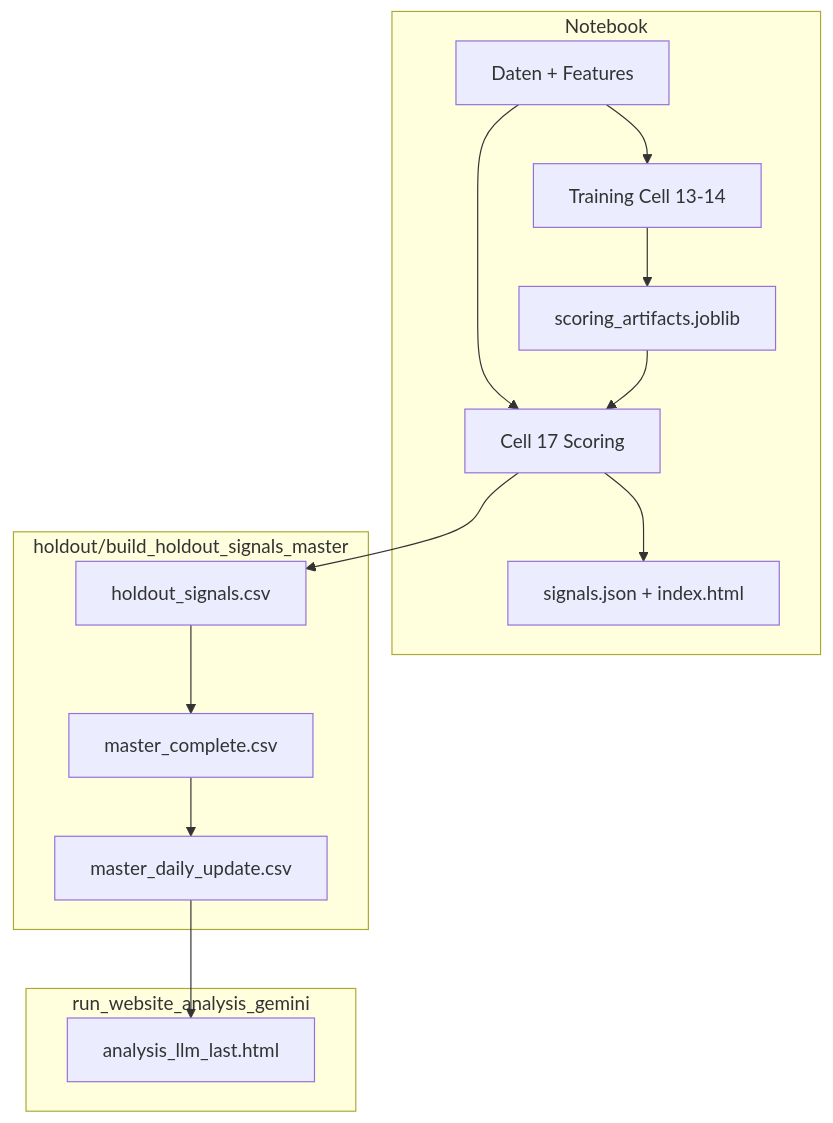
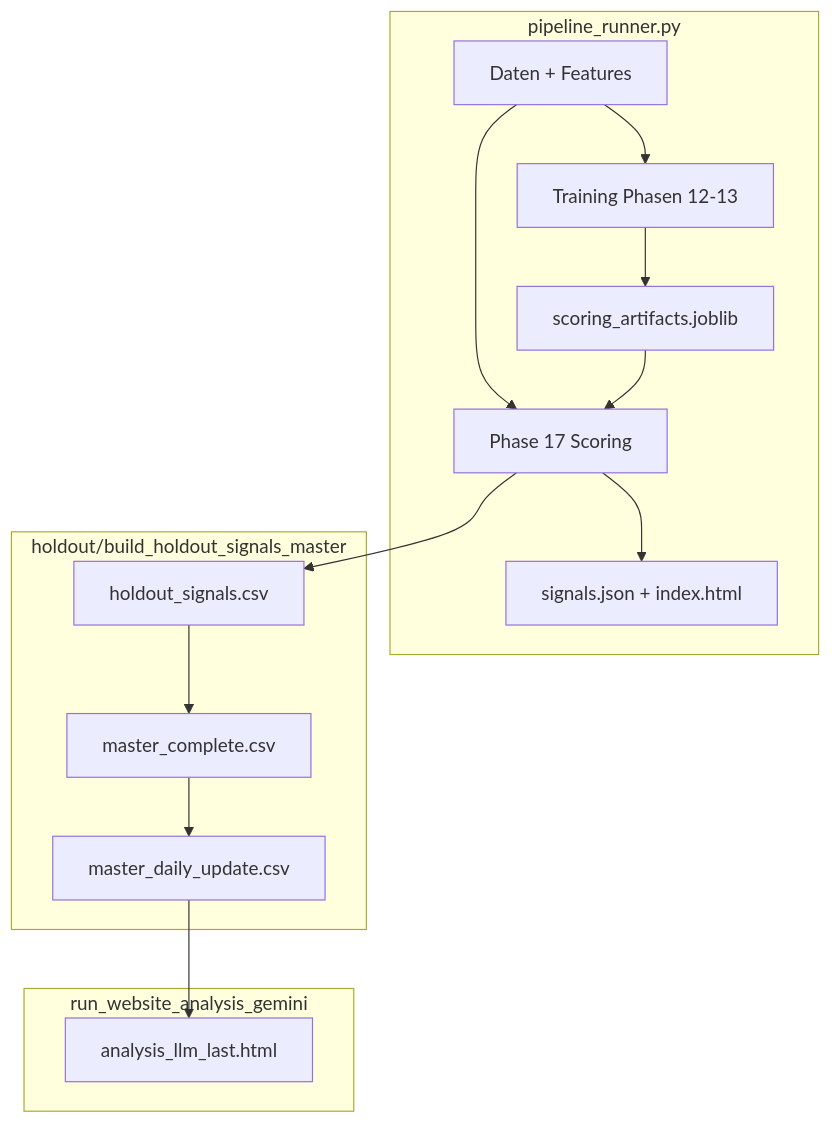
Before and after one commit to DominikNB/stock_rally: the diagram in docs/SYSTEM_REFERENZ.md, drawn with Mermaid. The commit also changed other lines of this file and 4008 other files, not shown here.

Commit message:
Daily signal update 2026-06-23 23:12 (2113 OOS signals, 82 in last 30 days, 1200 chart slots in HTML, 2150 KiB index)

````diff
--- a/docs/SYSTEM_REFERENZ.md
+++ b/docs/SYSTEM_REFERENZ.md
@@ -351,18 +392,18 @@
 ```mermaid
 flowchart TB
-  subgraph nb[Notebook]
-    A[Daten + Features] --> B[Training Cell 13-14]
+  subgraph runner[pipeline_runner.py]
+    A[Daten + Features] --> B[Training Phasen 12-13]
     B --> C[scoring_artifacts.joblib]
-    A --> D[Cell 17 Scoring]
+    A --> D[Phase 17 Scoring]
     C --> D
     D --> E[signals.json + index.html]
   end
   subgraph holdout[holdout/build_holdout_signals_master]
     F[holdout_signals.csv] --> G[master_complete.csv]
     G --> H[master_daily_update.csv]
   end
   D --> F
   subgraph gemini[run_website_analysis_gemini]
     H --> I[analysis_llm_last.html]
   end
 ```
````
